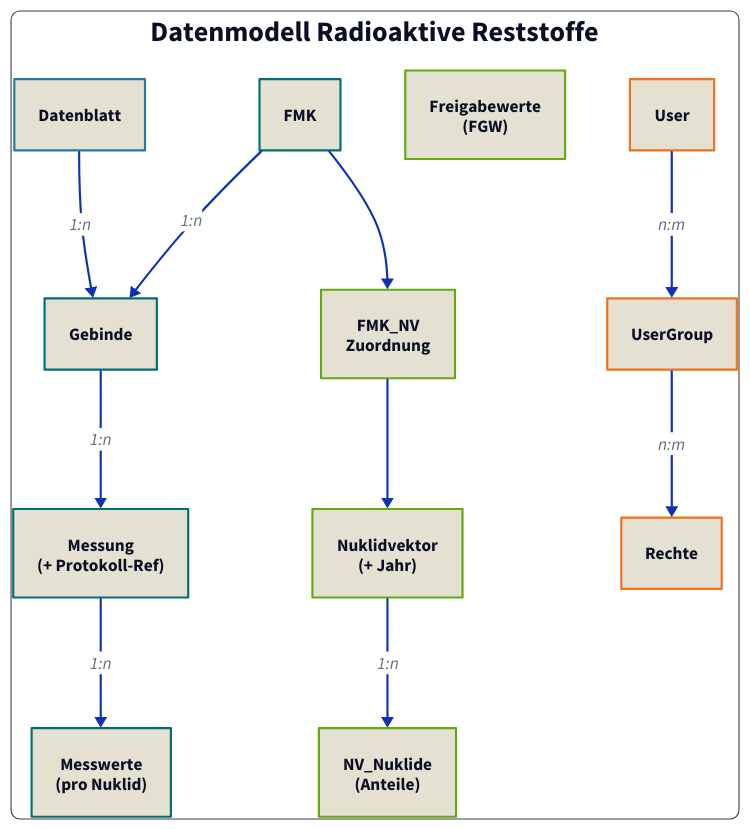
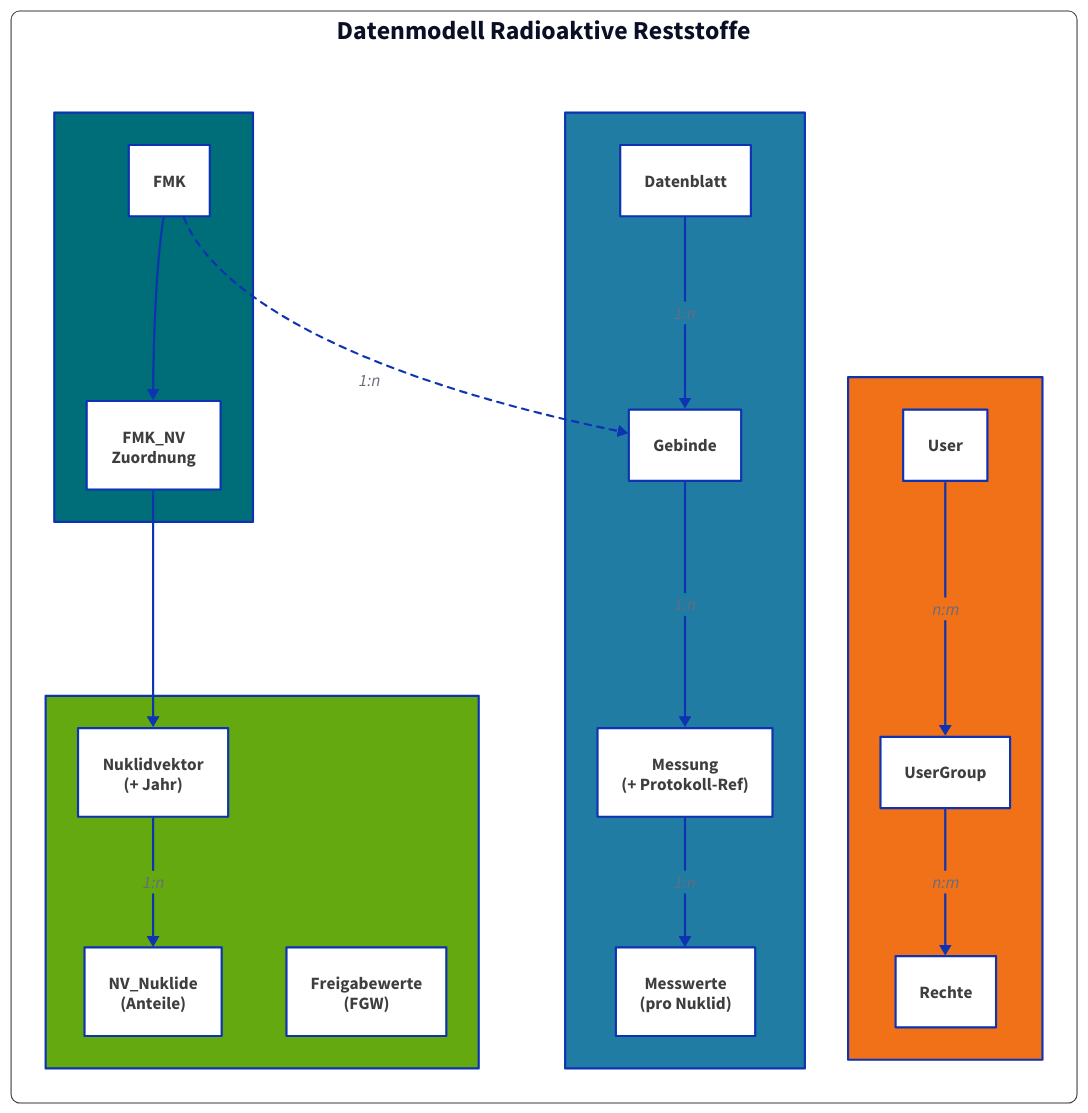
Before and after one commit to Ph0non/fmb-log-docs: the diagram in docs/diagrams-src/data-model-er.d2, drawn with D2. The commit also changed 186 other files, not shown here.

```diff
--- a/docs/diagrams-src/data-model-er.d2
+++ b/docs/diagrams-src/data-model-er.d2
@@ -1,105 +1,133 @@
 direction: down
 
 style: {
   stroke: "#3d3e3d"
   stroke-width: 1
-  font-size: 22
+  font-size: 20
   border-radius: 8
 }
 
-title: Datenmodell Radioaktive Reststoffe {
+title: "Datenmodell Radioaktive Reststoffe" {
   near: top-center
   shape: text
-  style.font-size: 26
+  style.font-size: 24
   style.bold: true
 }
 
-# Hauptentitäten
-datenblatt: Datenblatt {
-  shape: rectangle
-  style.fill: "#e4e1d2"
-  style.stroke: "#217ca3"
+# Row 1: Stammdaten und Nuklidvektor
+row1: {
+  direction: right
+  label: ""
+  style.fill: transparent
+  style.stroke: transparent
+
+  stamm: "Stammdaten" {
+    direction: down
+    style.fill: "#006e78"
+    style.font-color: "#ffffff"
+
+    fmk: "FMK" {
+      style.fill: "#ffffff"
+      style.font-color: "#3d3e3d"
+    }
+
+    fmk_nv: "FMK_NV\nZuordnung" {
+      style.fill: "#ffffff"
+      style.font-color: "#3d3e3d"
+    }
+
+    fmk -> fmk_nv
+  }
+
+  nuklid: "Nuklidvektor" {
+    direction: down
+    style.fill: "#63a90f"
+    style.font-color: "#ffffff"
+
+    nuklidvektor: "Nuklidvektor\n(+ Jahr)" {
+      style.fill: "#ffffff"
+      style.font-color: "#3d3e3d"
+    }
+
+    nv_nuklide: "NV_Nuklide\n(Anteile)" {
+      style.fill: "#ffffff"
+      style.font-color: "#3d3e3d"
+    }
+
+    freigabewerte: "Freigabewerte\n(FGW)" {
+      style.fill: "#ffffff"
+      style.font-color: "#3d3e3d"
+    }
+
+    nuklidvektor -> nv_nuklide: 1:n
+  }
+
+  stamm.fmk_nv -> nuklid.nuklidvektor
 }
 
-gebinde: Gebinde {
-  shape: rectangle
-  style.fill: "#e4e1d2"
-  style.stroke: "#006e78"
+# Row 2: Betriebsdaten
+row2: {
+  direction: right
+  label: ""
+  style.fill: transparent
+  style.stroke: transparent
+
+  betrieb: "Betriebsdaten" {
+    direction: down
+    style.fill: "#217ca3"
+    style.font-color: "#ffffff"
+
+    datenblatt: "Datenblatt" {
+      style.fill: "#ffffff"
+      style.font-color: "#3d3e3d"
+    }
+
+    gebinde: "Gebinde" {
+      style.fill: "#ffffff"
+      style.font-color: "#3d3e3d"
+    }
+
+    messung: "Messung\n(+ Protokoll-Ref)" {
+      style.fill: "#ffffff"
+      style.font-color: "#3d3e3d"
+    }
+
+    messwerte: "Messwerte\n(pro Nuklid)" {
+      style.fill: "#ffffff"
+      style.font-color: "#3d3e3d"
+    }
+
+    datenblatt -> gebinde: 1:n
+    gebinde -> messung: 1:n
+    messung -> messwerte: 1:n
+  }
+
+  auth: "Benutzer & Rechte" {
+    direction: down
+    style.fill: "#f17119"
+    style.font-color: "#ffffff"
+
+    user: "User" {
+      style.fill: "#ffffff"
+      style.font-color: "#3d3e3d"
+    }
+
+    usergroup: "UserGroup" {
+      style.fill: "#ffffff"
+      style.font-color: "#3d3e3d"
+    }
+
+    rechte: "Rechte" {
+      style.fill: "#ffffff"
+      style.font-color: "#3d3e3d"
+    }
+
+    user -> usergroup: n:m
+    usergroup -> rechte: n:m
+  }
 }
 
-fmk: FMK {
-  shape: rectangle
-  style.fill: "#e4e1d2"
-  style.stroke: "#006e78"
+# Cross-container relationships
+row1.stamm.fmk -> row2.betrieb.gebinde: 1:n {
+  style.stroke-dash: 3
 }
-
-messung: Messung\n(+ Protokoll-Ref) {
-  shape: rectangle
-  style.fill: "#e4e1d2"
-  style.stroke: "#006e78"
-}
-
-messwerte: Messwerte\n(pro Nuklid) {
-  shape: rectangle
-  style.fill: "#e4e1d2"
-  style.stroke: "#006e78"
-}
-
-# Nuklidvektor-Bereich
-nuklidvektor: Nuklidvektor\n(+ Jahr) {
-  shape: rectangle
-  style.fill: "#e4e1d2"
-  style.stroke: "#63a90f"
-}
-
-fmk_nv: FMK_NV\nZuordnung {
-  shape: rectangle
-  style.fill: "#e4e1d2"
-  style.stroke: "#63a90f"
-}
-
-nv_nuklide: NV_Nuklide\n(Anteile) {
-  shape: rectangle
-  style.fill: "#e4e1d2"
-  style.stroke: "#63a90f"
-}
-
-freigabewerte: Freigabewerte\n(FGW) {
-  shape: rectangle
-  style.fill: "#e4e1d2"
-  style.stroke: "#63a90f"
-}
-
-# User-Bereich
-user: User {
-  shape: rectangle
-  style.fill: "#e4e1d2"
-  style.stroke: "#f17119"
-}
-
-usergroup: UserGroup {
-  shape: rectangle
-  style.fill: "#e4e1d2"
-  style.stroke: "#f17119"
-}
-
-rechte: Rechte {
-  shape: rectangle
-  style.fill: "#e4e1d2"
-  style.stroke: "#f17119"
-}
-
-# Beziehungen Hauptentitäten
-datenblatt -> gebinde: 1:n
-fmk -> gebinde: 1:n
-gebinde -> messung: 1:n
-messung -> messwerte: 1:n
-
-# Beziehungen Nuklidvektor
-fmk -> fmk_nv
-fmk_nv -> nuklidvektor
-nuklidvektor -> nv_nuklide: 1:n
-
-# Beziehungen User
-user -> usergroup: n:m
-usergroup -> rechte: n:m
```
